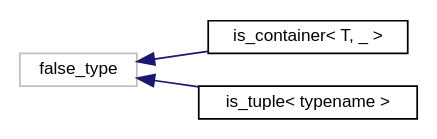
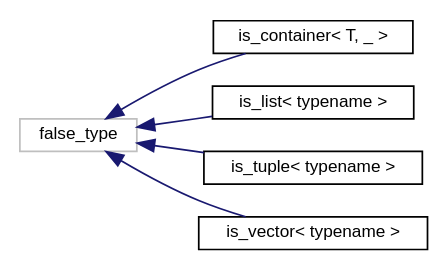
The diagram in inherit_graph_1.dot (Rishat22/ConditionalIPAddressPrintingFunction), drawn with Graphviz before and after one commit. The commit also changed 38 other files, not shown here.

```diff
--- a/inherit_graph_1.dot
+++ b/inherit_graph_1.dot
@@ -1,12 +1,16 @@
 digraph "Graphical Class Hierarchy"
 {
  // LATEX_PDF_SIZE
   edge [fontname="Helvetica",fontsize="10",labelfontname="Helvetica",labelfontsize="10"];
   node [fontname="Helvetica",fontsize="10",shape=record];
   rankdir="LR";
-  Node8 [label="false_type",height=0.2,width=0.4,color="grey75", fillcolor="white", style="filled",tooltip=" "];
-  Node8 -> Node0 [dir="back",color="midnightblue",fontsize="10",style="solid",fontname="Helvetica"];
+  Node10 [label="false_type",height=0.2,width=0.4,color="grey75", fillcolor="white", style="filled",tooltip=" "];
+  Node10 -> Node0 [dir="back",color="midnightblue",fontsize="10",style="solid",fontname="Helvetica"];
   Node0 [label="is_container\< T, _ \>",height=0.2,width=0.4,color="black", fillcolor="white", style="filled",URL="$structis__container.html",tooltip=" "];
-  Node8 -> Node10 [dir="back",color="midnightblue",fontsize="10",style="solid",fontname="Helvetica"];
-  Node10 [label="is_tuple\< typename \>",height=0.2,width=0.4,color="black", fillcolor="white", style="filled",URL="$structis__tuple.html",tooltip=" "];
+  Node10 -> Node12 [dir="back",color="midnightblue",fontsize="10",style="solid",fontname="Helvetica"];
+  Node12 [label="is_list\< typename \>",height=0.2,width=0.4,color="black", fillcolor="white", style="filled",URL="$structis__list.html",tooltip=" "];
+  Node10 -> Node13 [dir="back",color="midnightblue",fontsize="10",style="solid",fontname="Helvetica"];
+  Node13 [label="is_tuple\< typename \>",height=0.2,width=0.4,color="black", fillcolor="white", style="filled",URL="$structis__tuple.html",tooltip=" "];
+  Node10 -> Node14 [dir="back",color="midnightblue",fontsize="10",style="solid",fontname="Helvetica"];
+  Node14 [label="is_vector\< typename \>",height=0.2,width=0.4,color="black", fillcolor="white", style="filled",URL="$structis__vector.html",tooltip=" "];
 }
```
